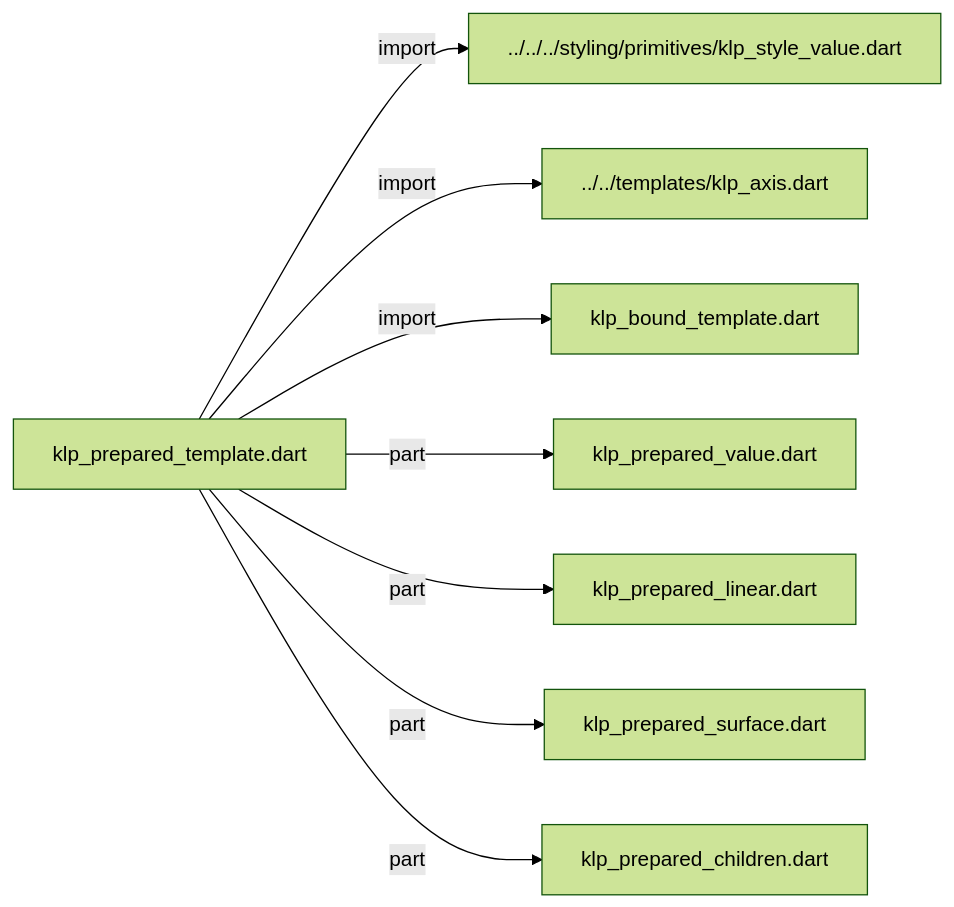
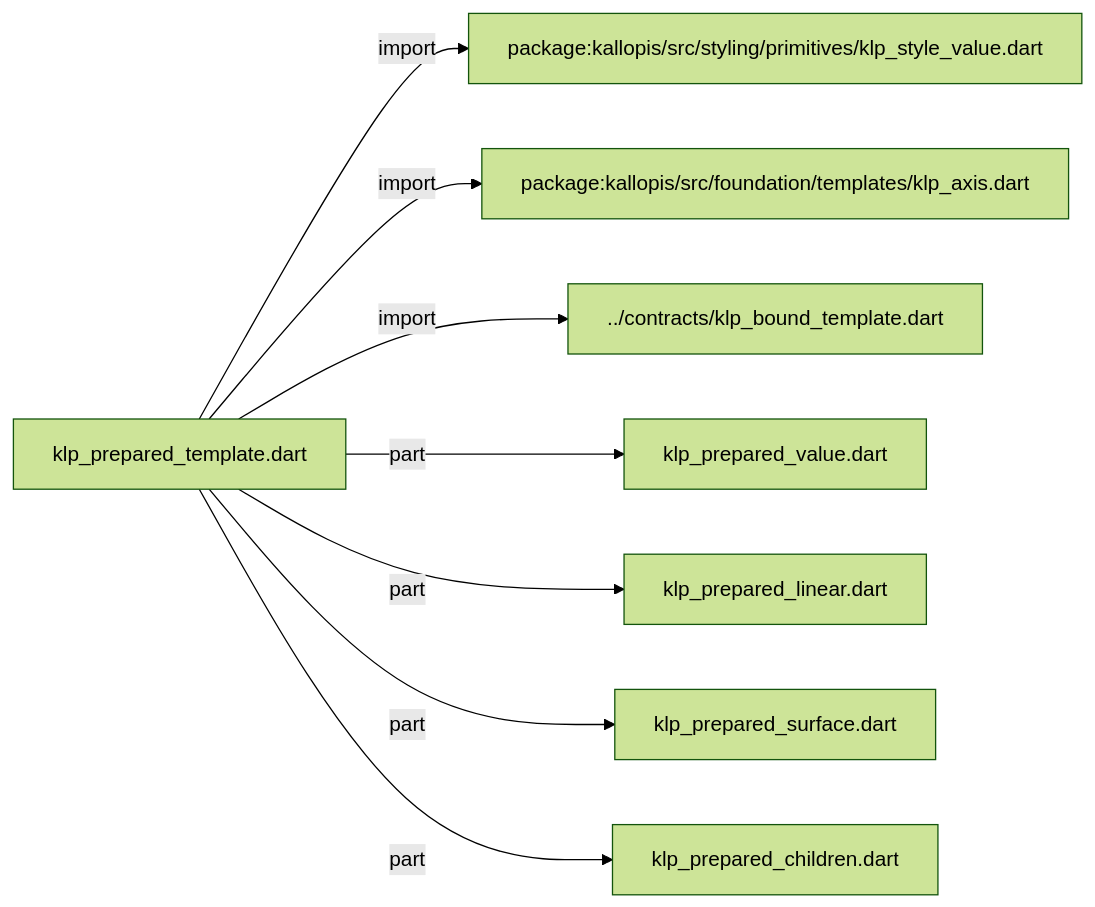
Before and after one commit to MiuDog/Kallopis: the first of 2 diagrams in docs/architecture/src/foundation/binding/internal/klp_prepared_template.md, drawn with Mermaid (forest theme). The commit also changed other lines of this file and 9688 other files, not shown here.

Commit message:
Prepare isolated Flow F2 peer baseline

````diff
--- a/docs/architecture/src/foundation/binding/internal/klp_prepared_template.md
+++ b/docs/architecture/src/foundation/binding/internal/klp_prepared_template.md
@@ -11,18 +11,18 @@
 ```mermaid
 flowchart LR
 	n0["klp_prepared_template.dart"]
-	n1["../../../styling/primitives/klp_style_value.dart"]
-	n2["../../templates/klp_axis.dart"]
-	n3["klp_bound_template.dart"]
+	n1["package:kallopis/src/styling/primitives/klp_style_value.dart"]
+	n2["package:kallopis/src/foundation/templates/klp_axis.dart"]
+	n3["../contracts/klp_bound_template.dart"]
 	n4["klp_prepared_value.dart"]
 	n5["klp_prepared_linear.dart"]
 	n6["klp_prepared_surface.dart"]
 	n7["klp_prepared_children.dart"]
 	n0 -->|"import"| n1
 	n0 -->|"import"| n2
 	n0 -->|"import"| n3
 	n0 -->|"part"| n4
 	n0 -->|"part"| n5
 	n0 -->|"part"| n6
 	n0 -->|"part"| n7
 ```
````
